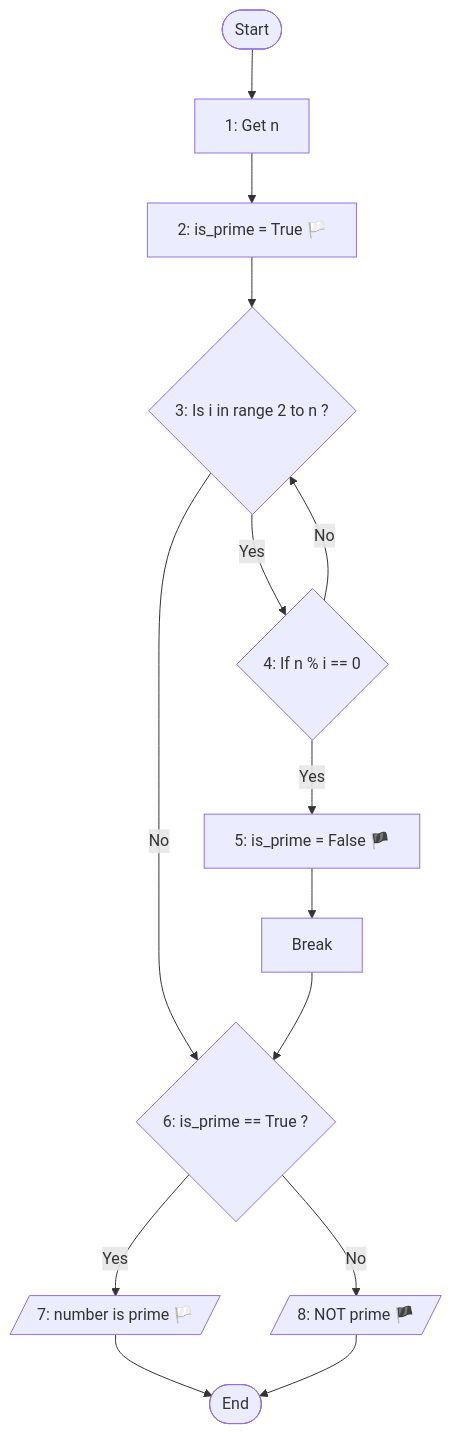
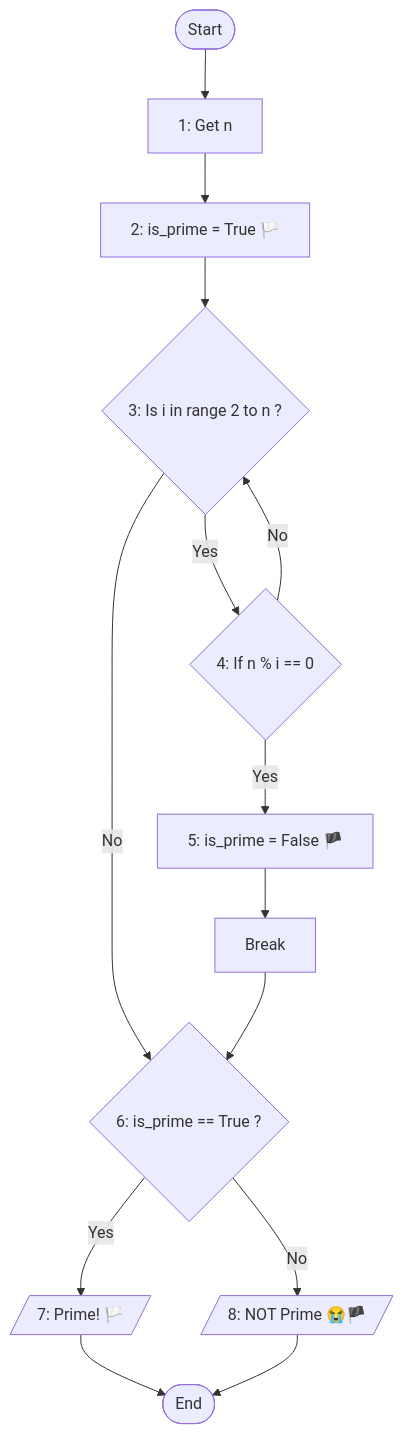
One commit to hayyaun/kids changed the diagram in helps/exercise-3-2.md. Above: the diagram before and after it, drawn with Mermaid.

````diff
--- a/helps/exercise-3-2.md
+++ b/helps/exercise-3-2.md
@@ -34,22 +34,22 @@
 ```mermaid
 flowchart TD
     A(Start) --> E[1: Get n]
     E --> F[2: is_prime = True 🏳️]
     F --> G{3: Is i in range 2 to n ?}
     G -- Yes --> H{4: If n % i == 0}
     H -- No --> G
     H -- Yes --> J[5: is_prime = False 🏴 ]
     J --> B[Break]
     G -- No --> I{6: is_prime == True ?}
-    I -- Yes --> X[7: number is prime 🏳️]
-    I -- No --> Y[8: NOT prime 🏴 ]
+    I -- Yes --> X[7: Prime! 🏳️]
+    I -- No --> Y[8: NOT Prime 😭🏴 ]
     B --> I
     X --> Z(End)
     Y --> Z(End)
 
     X@{ shape: in-out}
     Y@{ shape: in-out}
     Z@{ shape: terminal}
     A@{ shape: terminal}
 
 ```
````
